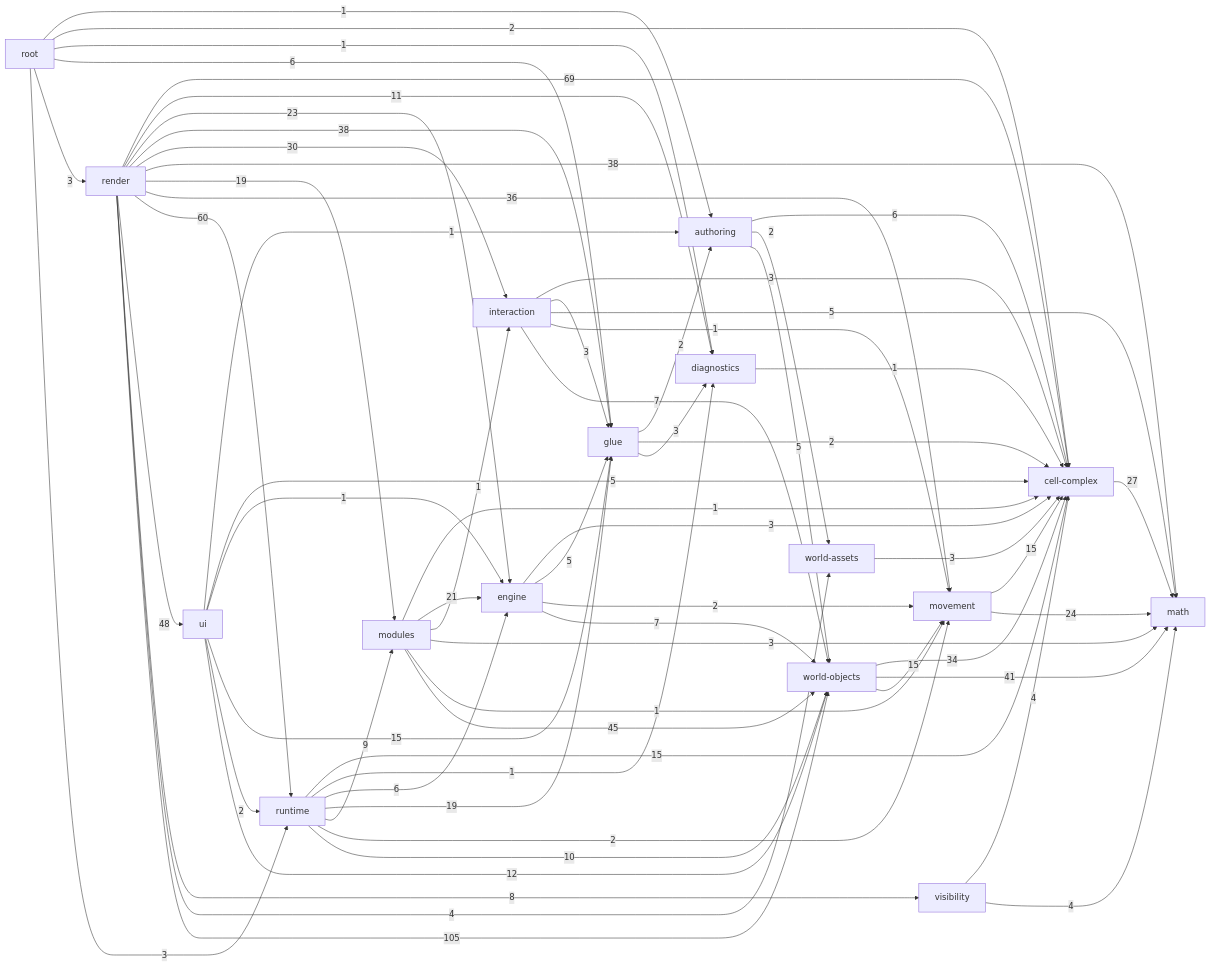
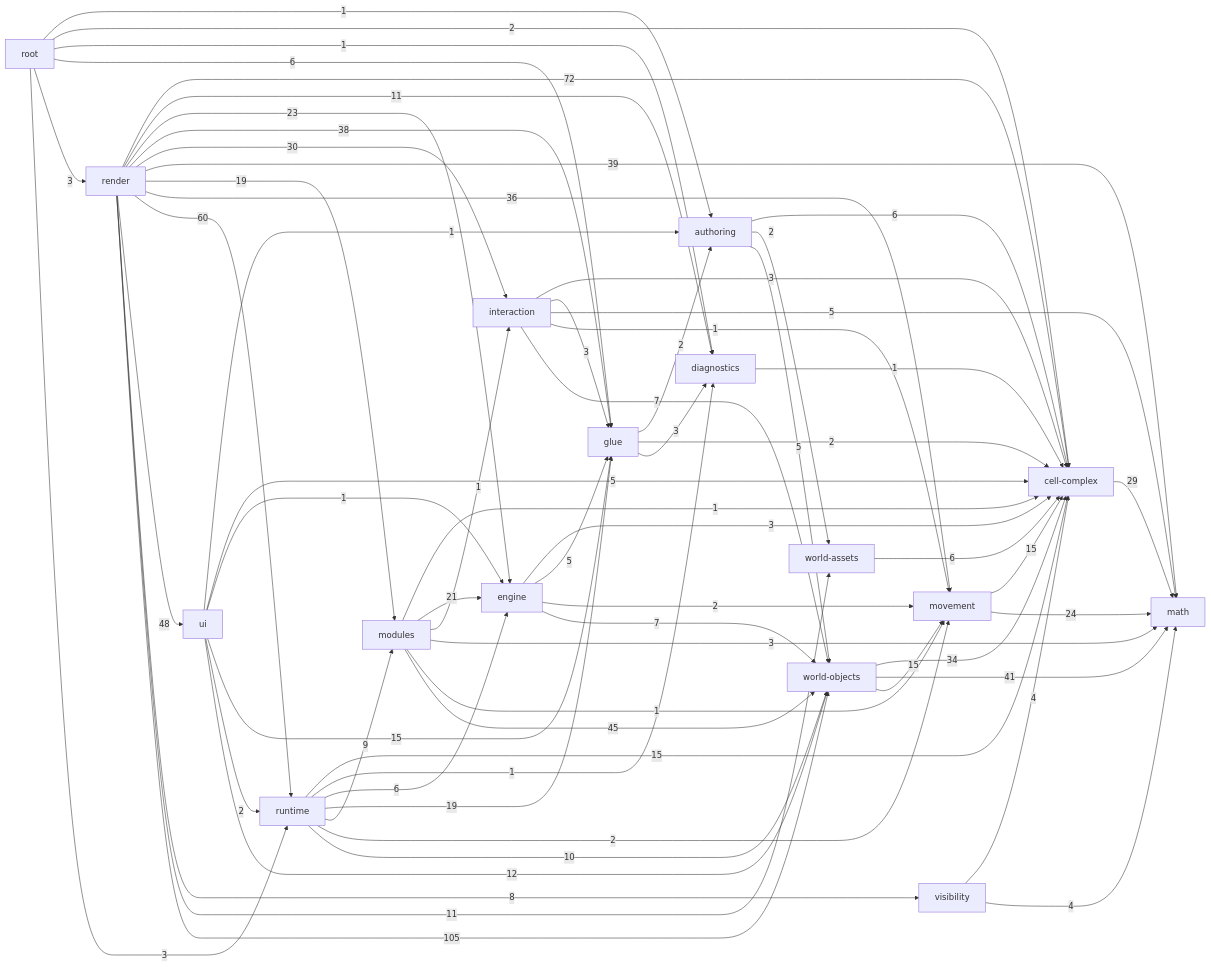
One commit to guraltsev/noneuclid-fpv changed the diagram in _docs/generated/ARCHITECTURE_REFERENCE.md. Above: the diagram before and after it, drawn with Mermaid. The commit also changed other lines of this file and 12 other files, not shown here.

````diff
--- a/_docs/generated/ARCHITECTURE_REFERENCE.md
+++ b/_docs/generated/ARCHITECTURE_REFERENCE.md
@@ -37,82 +37,82 @@
 ```mermaid
 flowchart LR
   math["math"]
   cell_complex["cell-complex"]
   diagnostics["diagnostics"]
   visibility["visibility"]
   movement["movement"]
   world_assets["world-assets"]
   world_objects["world-objects"]
   authoring["authoring"]
   glue["glue"]
   interaction["interaction"]
   engine["engine"]
   modules["modules"]
   runtime["runtime"]
   ui["ui"]
   render["render"]
   root["root"]
   authoring -->|6| cell_complex
   authoring -->|2| world_assets
   authoring -->|5| world_objects
-  cell_complex -->|27| math
+  cell_complex -->|29| math
   diagnostics -->|1| cell_complex
   engine -->|3| cell_complex
   engine -->|5| glue
   engine -->|2| movement
   engine -->|7| world_objects
   glue -->|2| authoring
   glue -->|2| cell_complex
   glue -->|3| diagnostics
   interaction -->|3| cell_complex
   interaction -->|3| glue
   interaction -->|5| math
   interaction -->|1| movement
   interaction -->|7| world_objects
   modules -->|1| cell_complex
   modules -->|21| engine
   modules -->|1| interaction
   modules -->|3| math
   modules -->|1| movement
   modules -->|45| world_objects
   movement -->|15| cell_complex
   movement -->|24| math
-  render -->|69| cell_complex
+  render -->|72| cell_complex
   render -->|11| diagnostics
   render -->|23| engine
   render -->|38| glue
   render -->|30| interaction
-  render -->|38| math
+  render -->|39| math
   render -->|19| modules
   render -->|36| movement
   render -->|60| runtime
   render -->|48| ui
   render -->|8| visibility
-  render -->|4| world_assets
+  render -->|11| world_assets
   render -->|105| world_objects
   root -->|1| authoring
   root -->|2| cell_complex
   root -->|1| diagnostics
   root -->|6| glue
   root -->|3| render
   root -->|3| runtime
   runtime -->|15| cell_complex
   runtime -->|1| diagnostics
   runtime -->|6| engine
   runtime -->|19| glue
   runtime -->|9| modules
   runtime -->|2| movement
   runtime -->|10| world_objects
   ui -->|1| authoring
   ui -->|5| cell_complex
   ui -->|1| engine
   ui -->|15| glue
   ui -->|2| runtime
   ui -->|12| world_objects
   visibility -->|4| cell_complex
   visibility -->|4| math
-  world_assets -->|3| cell_complex
+  world_assets -->|6| cell_complex
   world_objects -->|34| cell_complex
   world_objects -->|41| math
   world_objects -->|15| movement
 ```
````
